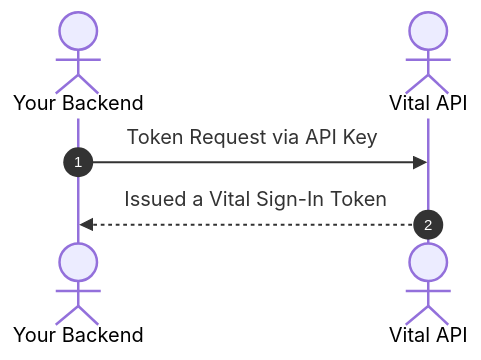
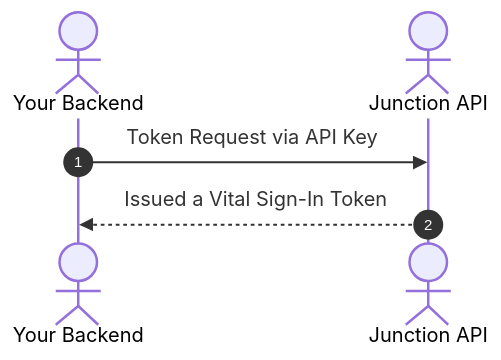
Before and after one commit to tryVital/docs: the third of 4 diagrams in docs/wearables/sdks/authentication.mdx, drawn with Mermaid. The commit also changed other lines of this file and 35 other files, not shown here.

Commit message:
Rename Vital to Junction

````diff
--- a/docs/wearables/sdks/authentication.mdx
+++ b/docs/wearables/sdks/authentication.mdx
@@ -148,8 +148,8 @@
     ```mermaid
     sequenceDiagram
         actor Your Backend
-        actor Vital API
+        actor Junction API
         autonumber
-        Your Backend->>Vital API: Token Request via API Key
-        Vital API-->>Your Backend: Issued a Vital Sign-In Token
+        Your Backend->>Junction API: Token Request via API Key
+        Junction API-->>Your Backend: Issued a Vital Sign-In Token
     ```
````
